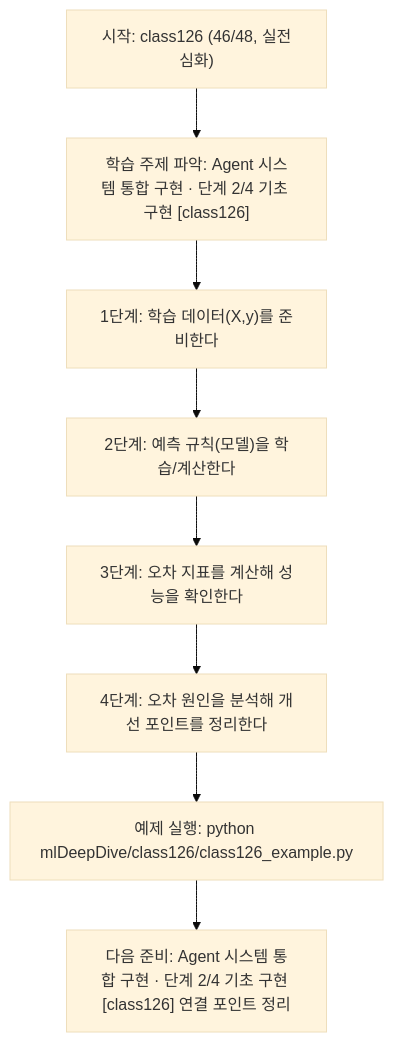
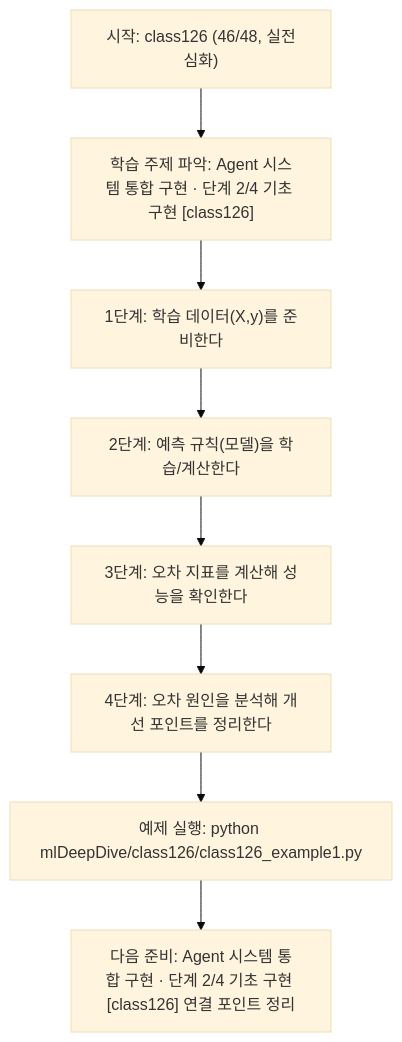
One commit to edumgt/Python-AI_Agent-Class changed the diagram in mlDeepDive/class126/class126.md. Above: the diagram before and after it, drawn with Mermaid (base theme). The commit also changed other lines of this file and 2959 other files, not shown here.

````diff
--- a/mlDeepDive/class126/class126.md
+++ b/mlDeepDive/class126/class126.md
@@ -111,18 +111,18 @@
 ```mermaid
 flowchart TD
 N1["시작: class126 (46/48, 실전심화)"]
 N2["학습 주제 파악: Agent 시스템 통합 구현 · 단계 2/4 기초 구현 [class126]"]
 N3["1단계: 학습 데이터(X,y)를 준비한다"]
 N4["2단계: 예측 규칙(모델)을 학습/계산한다"]
 N5["3단계: 오차 지표를 계산해 성능을 확인한다"]
 N6["4단계: 오차 원인을 분석해 개선 포인트를 정리한다"]
-N7["예제 실행: python mlDeepDive/class126/class126_example.py"]
+N7["예제 실행: python mlDeepDive/class126/class126_example1.py"]
 N8["다음 준비: Agent 시스템 통합 구현 · 단계 2/4 기초 구현 [class126] 연결 포인트 정리"]
 N1 --> N2
 N2 --> N3
 N3 --> N4
 N4 --> N5
 N5 --> N6
 N6 --> N7
 N7 --> N8
 ```
````
